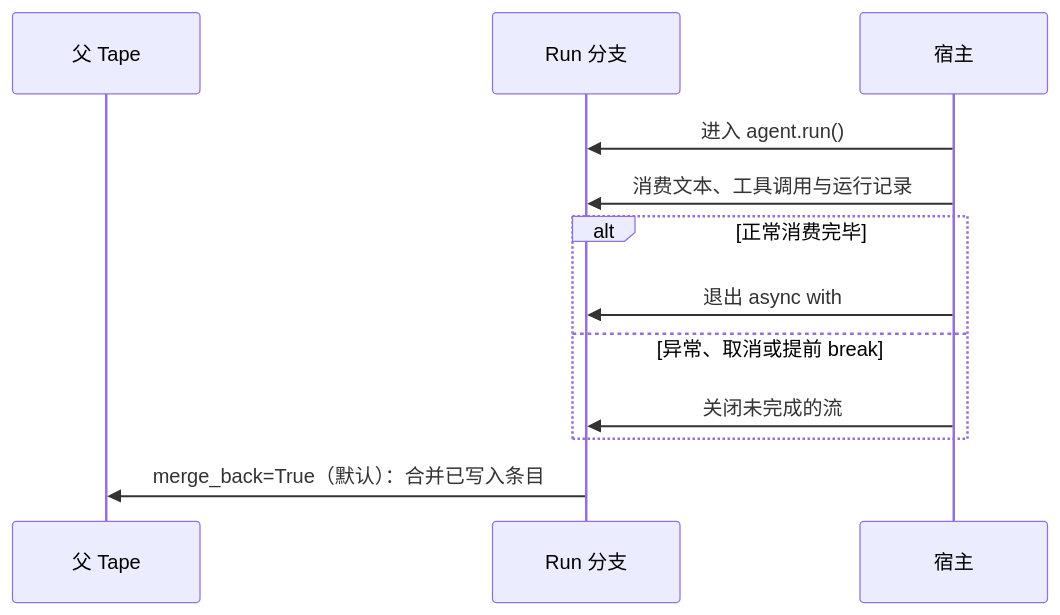
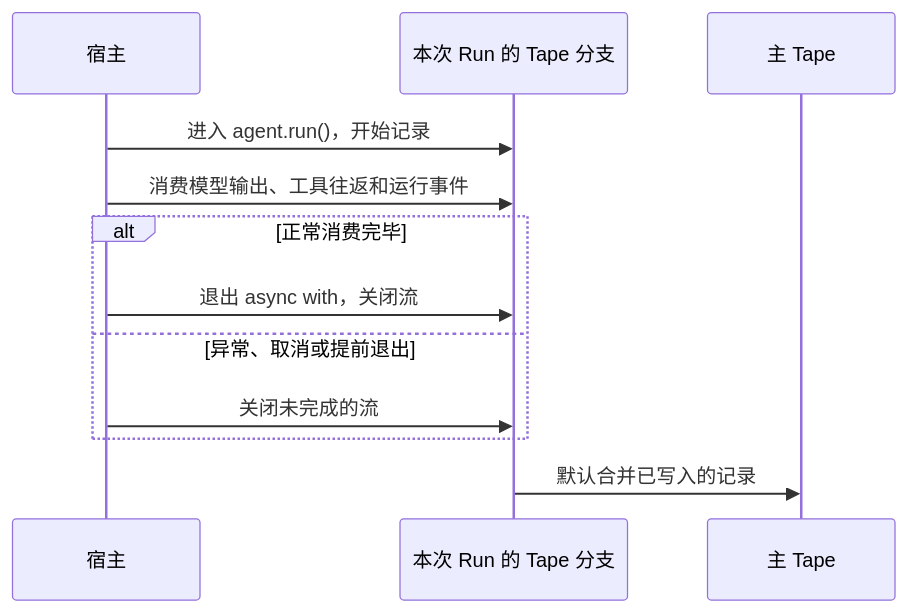
Before and after one commit to bubbuild/bub: the diagram in website/src/content/docs/zh-cn/docs/sdk/tape.mdx, drawn with Mermaid. The commit also changed other lines of this file and 2 other files, not shown here.

````diff
--- a/website/src/content/docs/zh-cn/docs/sdk/tape.mdx
+++ b/website/src/content/docs/zh-cn/docs/sdk/tape.mdx
@@ -114,14 +126,14 @@
 ```mermaid
 sequenceDiagram
-    participant Main as 父 Tape
-    participant Fork as Run 分支
     participant Host as 宿主
-    Host->>Fork: 进入 agent.run()
-    Host->>Fork: 消费文本、工具调用与运行记录
+    participant Fork as 本次 Run 的 Tape 分支
+    participant Main as 主 Tape
+    Host->>Fork: 进入 agent.run()，开始记录
+    Host->>Fork: 消费模型输出、工具往返和运行事件
     alt 正常消费完毕
-        Host->>Fork: 退出 async with
-    else 异常、取消或提前 break
+        Host->>Fork: 退出 async with，关闭流
+    else 异常、取消或提前退出
         Host->>Fork: 关闭未完成的流
     end
-    Fork->>Main: merge_back=True（默认）：合并已写入条目
+    Fork->>Main: 默认合并已写入的记录
 ```
````
